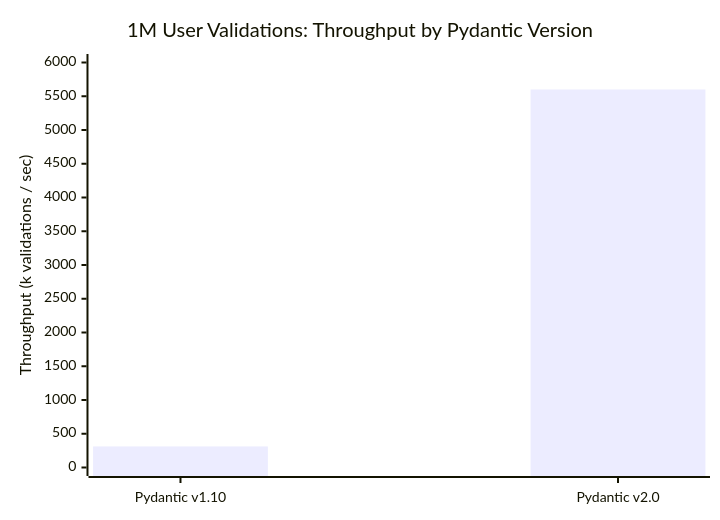
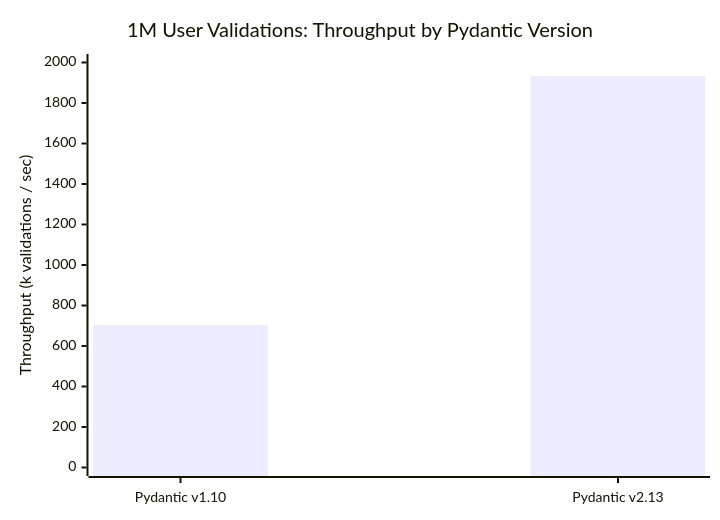
Before and after one commit to rppol/system-design: the fourth of 5 diagrams in src/main/java/com/rutik/systemdesign/fastapi/pydantic_v2_deep_dive/README.md, drawn with Mermaid. The commit also changed other lines of this file and 3 other files, not shown here.

````diff
--- a/src/main/java/com/rutik/systemdesign/fastapi/pydantic_v2_deep_dive/README.md
+++ b/src/main/java/com/rutik/systemdesign/fastapi/pydantic_v2_deep_dive/README.md
@@ -546,7 +549,7 @@
 ```mermaid
 xychart-beta
     title "1M User Validations: Throughput by Pydantic Version"
-    x-axis ["Pydantic v1.10", "Pydantic v2.0"]
-    y-axis "Throughput (k validations / sec)" 0 --> 6000
-    bar [312, 5600]
+    x-axis ["Pydantic v1.10", "Pydantic v2.13"]
+    y-axis "Throughput (k validations / sec)" 0 --> 2000
+    bar [704, 1933]
 ```
````
